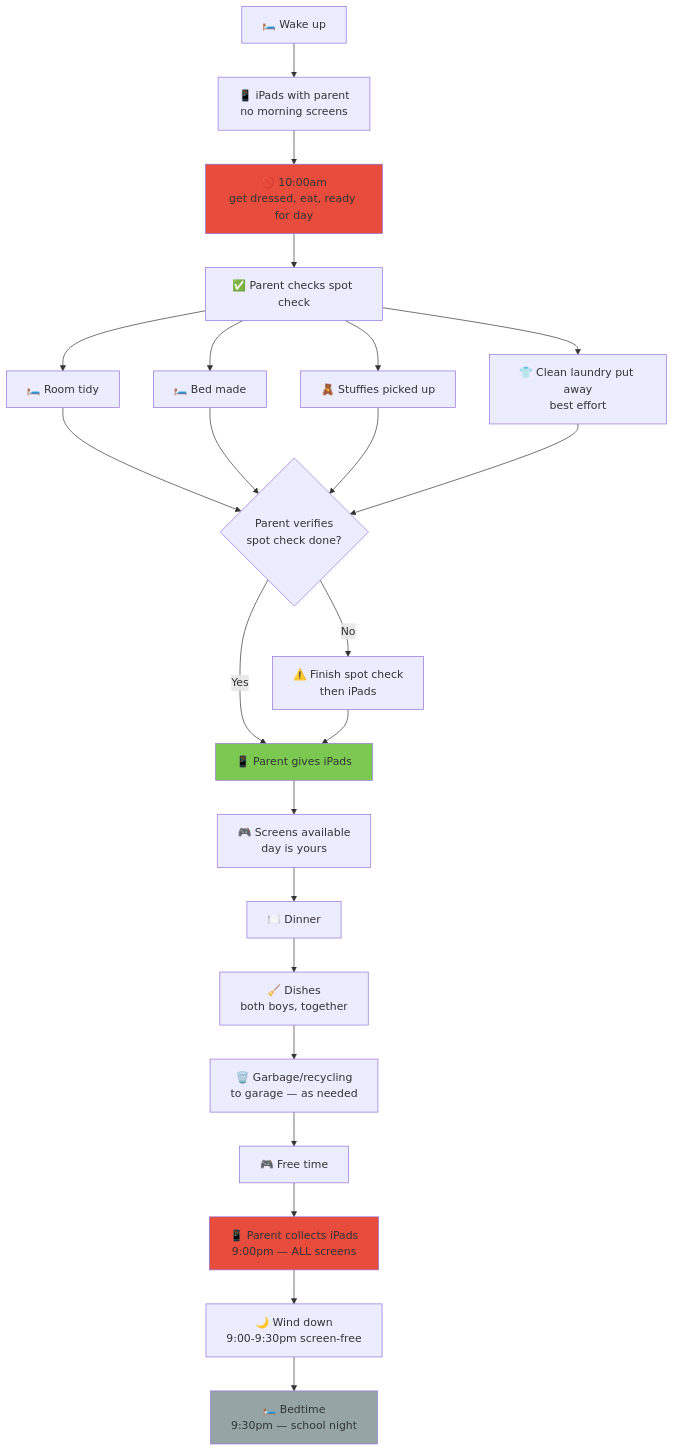
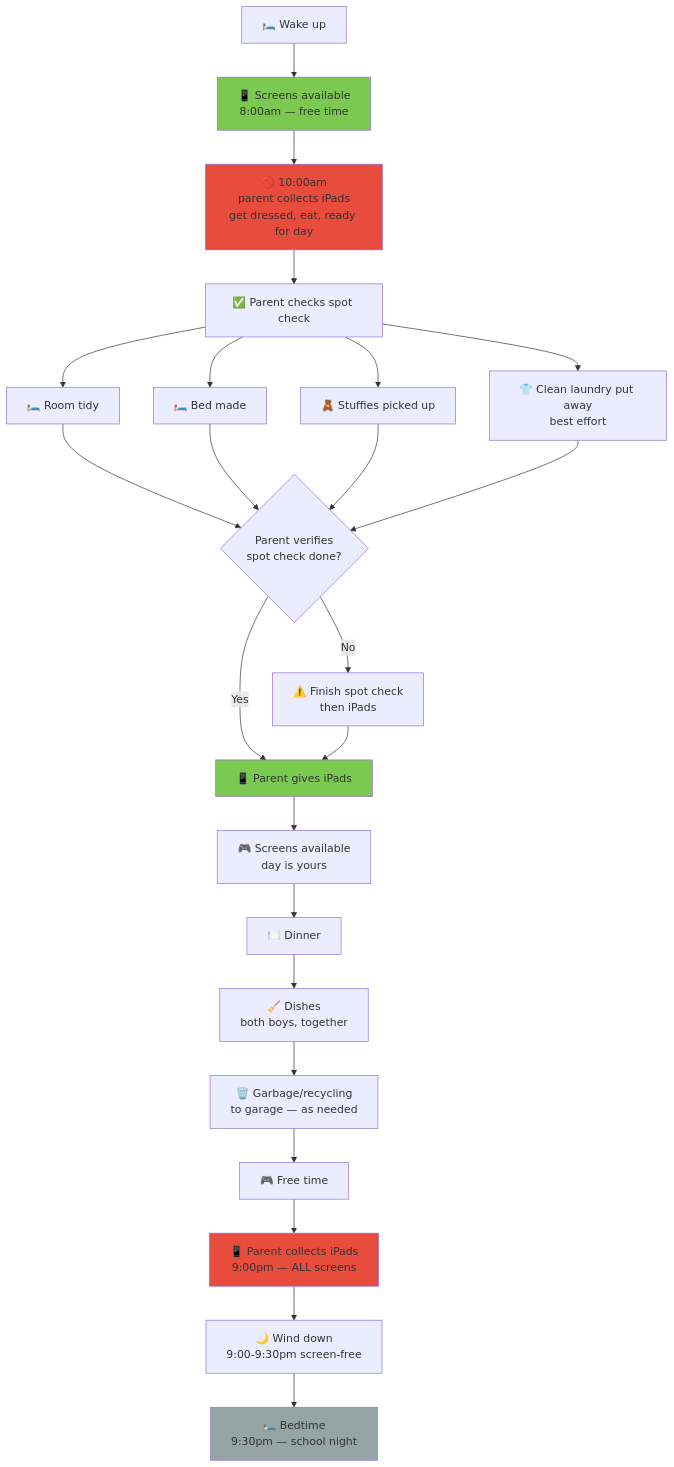
The first of 2 diagrams in day-types/03-sunday.md (ajass/technology-reset), drawn with Mermaid before and after one commit. The commit also changed other lines of this file and 6 other files, not shown here.

First line of the commit message:
Weekend mornings: screens 8am-10am free time, then 10am parent collects iPads

````diff
--- a/day-types/03-sunday.md
+++ b/day-types/03-sunday.md
@@ -17,30 +17,31 @@
 ```mermaid
 flowchart TD
-    A["🛏️ Wake up"] --> IP["📱 iPads with parent<br/>no morning screens"]
-    IP --> C["🚫 10:00am<br/>get dressed, eat, ready for day"]
+    A["🛏️ Wake up"] --> AM["📱 Screens available<br/>8:00am — free time"]
+    AM --> C["🚫 10:00am<br/>parent collects iPads<br/>get dressed, eat, ready for day"]
     C --> D["✅ Parent checks spot check"]
     D --> D1["🛏️ Room tidy"]
     D --> D2["🛏️ Bed made"]
     D --> D3["🧸 Stuffies picked up"]
     D --> D4["👕 Clean laundry put away<br/>best effort"]
     D1 --> E{"Parent verifies<br/>spot check done?"}
     D2 --> E
     D3 --> E
     D4 --> E
     E -->|Yes| DG["📱 Parent gives iPads"]
     E -->|No| G["⚠️ Finish spot check<br/>then iPads"]
     G --> DG
     DG --> F["🎮 Screens available<br/>day is yours"]
     F --> H["🍽️ Dinner"]
     H --> J["🧹 Dishes<br/>both boys, together"]
     J --> K["🗑️ Garbage/recycling<br/>to garage — as needed"]
     K --> L["🎮 Free time"]
     L --> M["📱 Parent collects iPads<br/>9:00pm — ALL screens"]
     M --> N["🌙 Wind down<br/>9:00-9:30pm screen-free"]
     N --> O["🛏️ Bedtime<br/>9:30pm — school night"]
 
+    style AM fill:#7bc950
     style C fill:#e74c3c
     style DG fill:#7bc950
     style M fill:#e74c3c
     style O fill:#95a5a6
 ```
````
